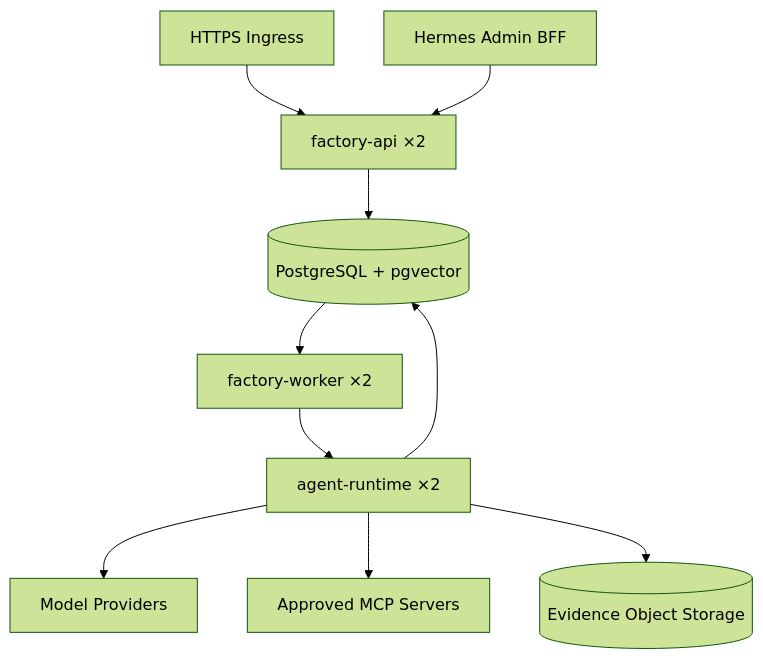
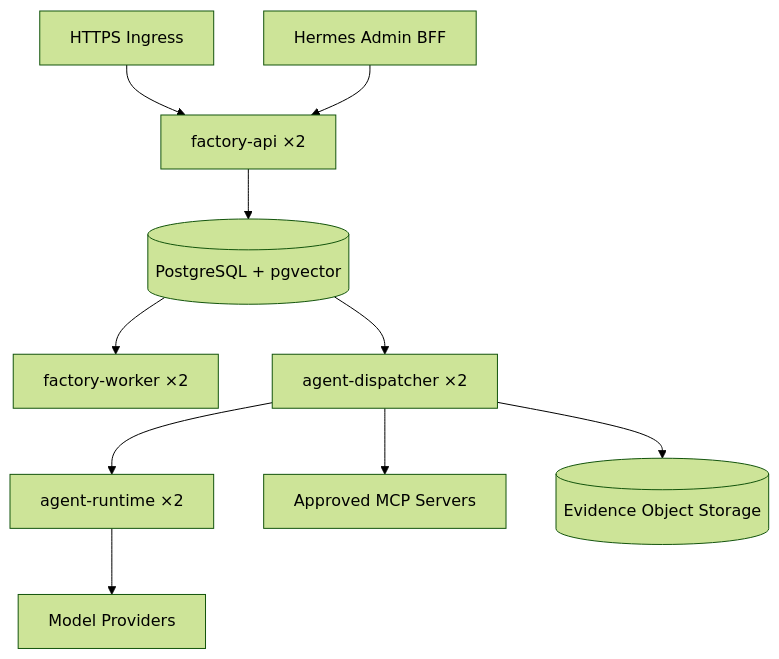
Before and after one commit to zxr111/agentic-sdlc-control-plane: the second of 2 diagrams in docs/v3/architecture.md, drawn with Mermaid (forest theme). The commit also changed other lines of this file and 22 other files, not shown here.

Commit message:
feat(v3): isolate agent runtime behind governed API

````diff
--- a/docs/v3/architecture.md
+++ b/docs/v3/architecture.md
@@ -120,12 +92,12 @@
 ```mermaid
 flowchart TB
     INGRESS["HTTPS Ingress"] --> API["factory-api ×2"]
     API --> PG[("PostgreSQL + pgvector")]
     PG --> WORKER["factory-worker ×2"]
-    WORKER --> RUNTIME["agent-runtime ×2"]
-    RUNTIME --> PG
+    PG --> DISPATCHER["agent-dispatcher ×2"]
+    DISPATCHER --> RUNTIME["agent-runtime ×2"]
     RUNTIME --> MODEL["Model Providers"]
-    RUNTIME --> MCP["Approved MCP Servers"]
-    RUNTIME --> STORE[("Evidence Object Storage")]
+    DISPATCHER --> MCP["Approved MCP Servers"]
+    DISPATCHER --> STORE[("Evidence Object Storage")]
     HERMES["Hermes Admin BFF"] --> API
 ```
````
